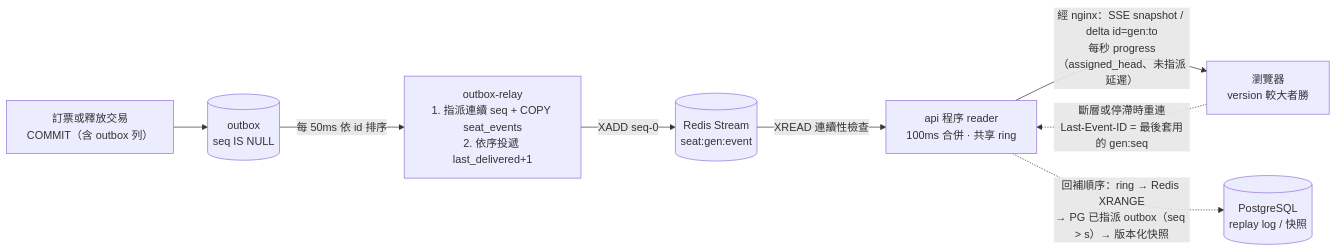
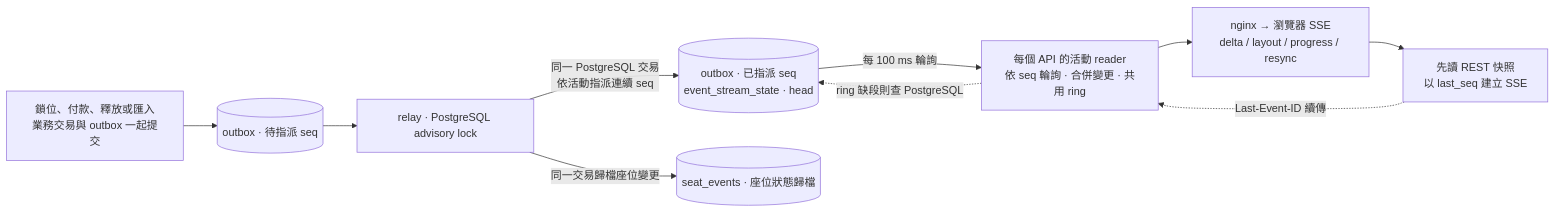
Before and after one commit to kaiser0421/wy-project: the third of 5 diagrams in docs/architecture.md, drawn with Mermaid. The commit also changed other lines of this file and 1 other file, not shown here.

Commit message:
docs: describe the deployed architecture and render its diagrams

````diff
--- a/docs/architecture.md
+++ b/docs/architecture.md
@@ -107,10 +83,18 @@
 ```mermaid
 flowchart LR
-  TX["訂票或釋放交易<br/>COMMIT（含 outbox 列）"] --> OB[("outbox<br/>seq IS NULL")]
-  OB -->|"每 50ms 依 id 排序"| RL["outbox-relay<br/>1. 指派連續 seq + COPY seat_events<br/>2. 依序投遞 last_delivered+1"]
-  RL -->|"XADD seq-0"| RS[("Redis Stream<br/>seat:gen:event")]
-  RS -->|"XREAD 連續性檢查"| RD["api 程序 reader<br/>100ms 合併 · 共享 ring"]
-  RD -->|"經 nginx：SSE snapshot / delta id=gen:to<br/>每秒 progress（assigned_head、未指派延遲）"| CL["瀏覽器<br/>version 較大者勝"]
-  CL -.->|"斷層或停滯時重連<br/>Last-Event-ID = 最後套用的 gen:seq"| RD
-  RD -.->|"回補順序：ring → Redis XRANGE<br/>→ PG 已指派 outbox（seq > s）→ 版本化快照"| PGR[("PostgreSQL<br/>replay log / 快照")]
+  TX["鎖位、付款、釋放或匯入<br/>業務交易與 outbox 一起提交"]
+  Pending[("outbox · 待指派 seq")]
+  Relay["relay · PostgreSQL advisory lock"]
+  Assigned[("outbox · 已指派 seq<br/>event_stream_state · head")]
+  Archive[("seat_events · 座位狀態歸檔")]
+  Reader["每個 API 的活動 reader<br/>依 seq 輪詢 · 合併變更 · 共用 ring"]
+  SSE["nginx → 瀏覽器 SSE<br/>delta / layout / progress / resync"]
+  Browser["先讀 REST 快照<br/>以 last_seq 建立 SSE"]
+  TX --> Pending --> Relay
+  Relay -->|"同一 PostgreSQL 交易<br/>依活動指派連續 seq"| Assigned
+  Relay -->|"同一交易歸檔座位變更"| Archive
+  Assigned -->|"每 100 ms 輪詢"| Reader
+  Reader --> SSE --> Browser
+  Browser -.->|"Last-Event-ID 續傳"| Reader
+  Reader -.->|"ring 缺段則查 PostgreSQL"| Assigned
 ```
````
